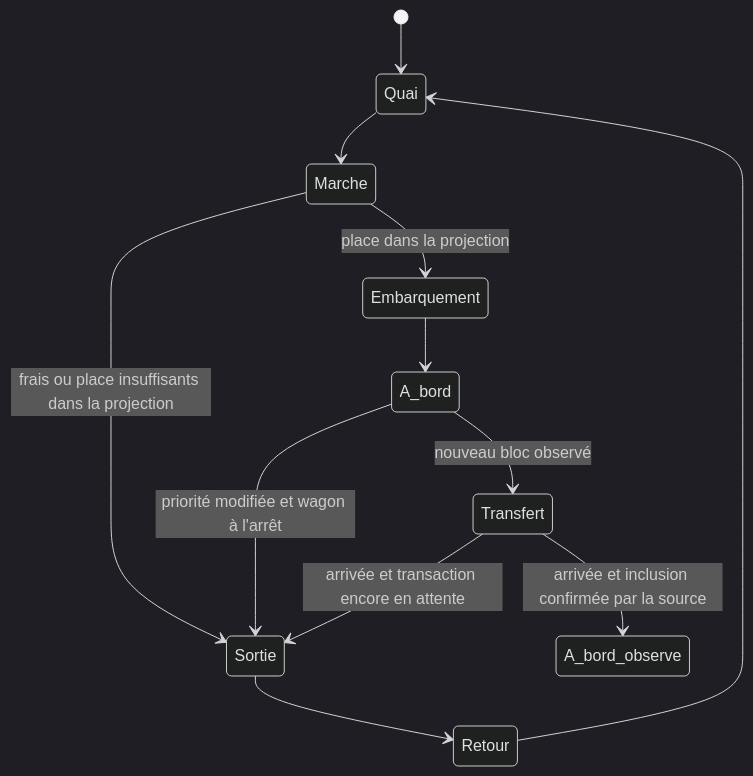
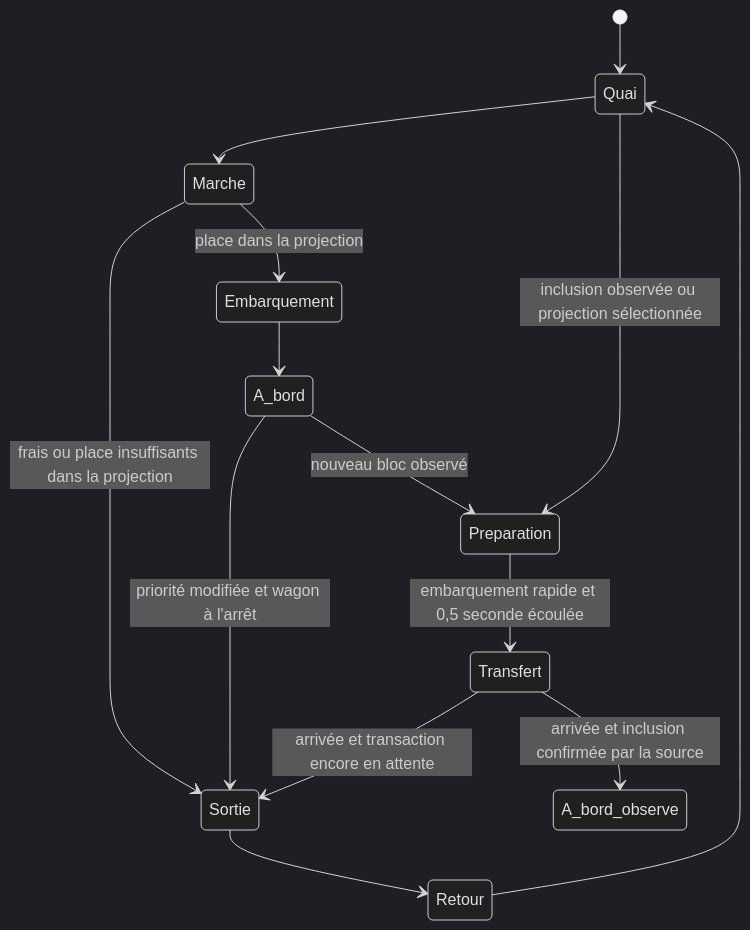
The diagram in docs/animation.md (arnaud71/blocklane), drawn with Mermaid (dark theme) before and after one commit. The commit also changed other lines of this file and 8 other files, not shown here.

````diff
--- a/docs/animation.md
+++ b/docs/animation.md
@@ -7,14 +7,16 @@
 ```mermaid
 stateDiagram-v2
     [*] --> Quai
     Quai --> Marche
     Marche --> Embarquement: place dans la projection
     Embarquement --> A_bord
     Marche --> Sortie: frais ou place insuffisants dans la projection
     A_bord --> Sortie: priorité modifiée et wagon à l'arrêt
-    A_bord --> Transfert: nouveau bloc observé
+    A_bord --> Preparation: nouveau bloc observé
+    Quai --> Preparation: inclusion observée ou projection sélectionnée
+    Preparation --> Transfert: embarquement rapide et 0,5 seconde écoulée
     Transfert --> A_bord_observe: arrivée et inclusion confirmée par la source
     Transfert --> Sortie: arrivée et transaction encore en attente
     Sortie --> Retour
     Retour --> Quai
 ```
````
